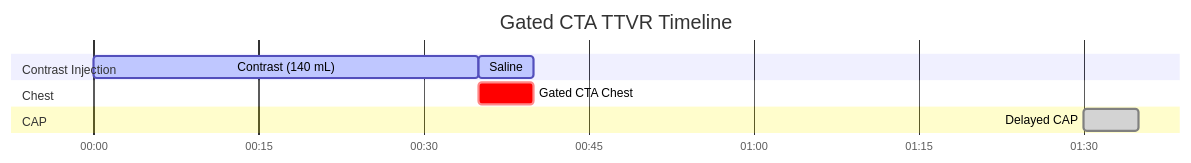
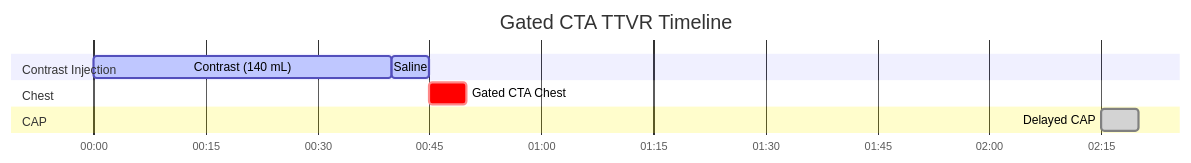
The diagram in docs/ct/cardiac/gated-cta-ttvr.md (dfergs93/radiology-protocols), drawn with Mermaid before and after one commit. The commit also changed other lines of this file and 47 other files, not shown here.

Commit message:
Restore protocol files from main and add acquisition-diagram placeholders; default contrast duration to 30s when missing

````diff
--- a/docs/ct/cardiac/gated-cta-ttvr.md
+++ b/docs/ct/cardiac/gated-cta-ttvr.md
@@ -86,20 +87,20 @@
   ```mermaid
   ---
   displayMode: compact
   config:
     theme: default
     themeCSS: " #Saline{ fill: #4ed5ff; stroke: #2094f3; } "
   ---
     gantt
       title Gated CTA TTVR Timeline
       dateFormat mm:ss
       axisFormat %M:%S 
       
       section Contrast Injection
-      Contrast (140 mL)    :active, contrast, 00:00, 35s
+      Contrast (140 mL)    :active, contrast, 00:00, 40s
       Saline          :active, saline, after contrast, 5s
       section Chest
-      Gated CTA Chest    :crit, scan1, after contrast, 5s
+      Gated CTA Chest    :crit, scan1, after saline, 5s
       section CAP
-      Delayed CAP    :done, scan2, 01:30, 5s
+      Delayed CAP    :done, scan2, 02:15, 5s
   ```
````
